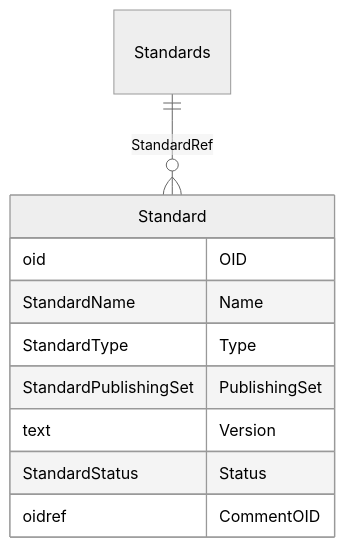
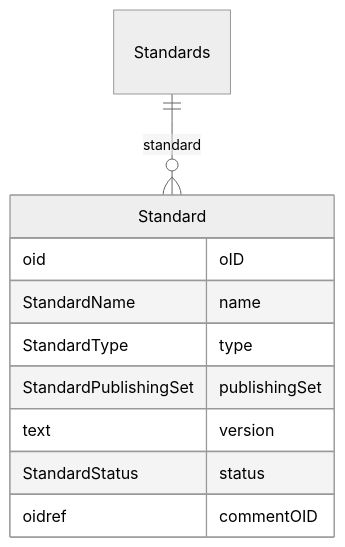
One commit to cdisc-org/DataExchange-ODM-LinkML changed the diagram in docs/Standards.md. Above: the diagram before and after it, drawn with Mermaid (neutral theme). The commit also changed other lines of this file and 759 other files, not shown here.

````diff
--- a/docs/Standards.md
+++ b/docs/Standards.md
@@ -11,18 +11,18 @@
 ```mermaid
 erDiagram
 Standards {
 
 }
 Standard {
-    oid OID  
-    StandardName Name  
-    StandardType Type  
-    StandardPublishingSet PublishingSet  
-    text Version  
-    StandardStatus Status  
-    oidref CommentOID  
+    oid oID  
+    StandardName name  
+    StandardType type  
+    StandardPublishingSet publishingSet  
+    text version  
+    StandardStatus status  
+    oidref commentOID  
 }
 
-Standards ||--}o Standard : "StandardRef"
+Standards ||--}o Standard : "standard"
 
 ```
````
